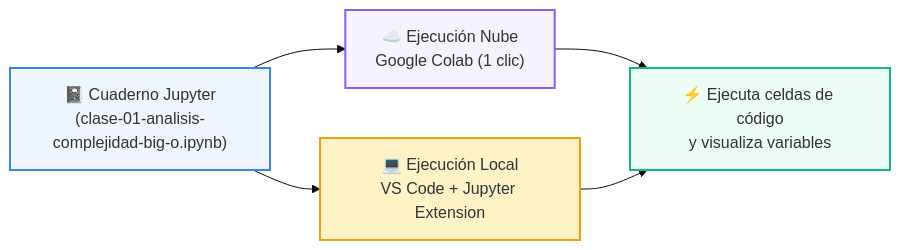
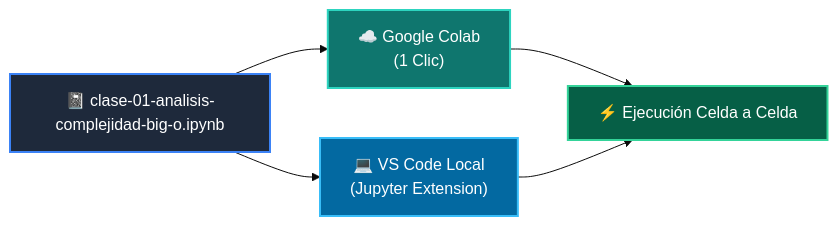
Before and after one commit to wisrovi/wisrovi-python: the diagram in 02-algoritmos-estructuras/clase-01-analisis-complejidad-big-o/notebook/README.md, drawn with Mermaid (base theme). The commit also changed other lines of this file and 271 other files, not shown here.

Commit message:
docs: rewrite all README.md files with bespoke topic-specific Mermaid diagrams and remove repetitive boilerplate

````diff
--- a/02-algoritmos-estructuras/clase-01-analisis-complejidad-big-o/notebook/README.md
+++ b/02-algoritmos-estructuras/clase-01-analisis-complejidad-big-o/notebook/README.md
@@ -14,12 +12,12 @@
 ```mermaid
 flowchart LR
-    NB["📓 Cuaderno Jupyter<br/>(clase-01-analisis-complejidad-big-o.ipynb)"] --> COLAB["☁️ Ejecución Nube<br/>Google Colab (1 clic)"]
-    NB --> LOCAL["💻 Ejecución Local<br/>VS Code + Jupyter Extension"]
-    COLAB --> RUN["⚡ Ejecuta celdas de código<br/>y visualiza variables"]
+    NB["📓 clase-01-analisis-complejidad-big-o.ipynb"] --> COLAB["☁️ Google Colab<br/>(1 Clic)"]
+    NB --> LOCAL["💻 VS Code Local<br/>(Jupyter Extension)"]
+    COLAB --> RUN["⚡ Ejecución Celda a Celda"]
     LOCAL --> RUN
 
-    style NB fill:#eff6ff,stroke:#3b82f6,stroke-width:2px
-    style COLAB fill:#f5f3ff,stroke:#8b5cf6,stroke-width:2px
-    style LOCAL fill:#fef3c7,stroke:#f59e0b,stroke-width:2px
-    style RUN fill:#ecfdf5,stroke:#10b981,stroke-width:2px
+    style NB fill:#1e293b,color:#fff,stroke:#3b82f6,stroke-width:2px
+    style COLAB fill:#0f766e,color:#fff,stroke:#2dd4bf,stroke-width:2px
+    style LOCAL fill:#0369a1,color:#fff,stroke:#38bdf8,stroke-width:2px
+    style RUN fill:#065f46,color:#fff,stroke:#34d399,stroke-width:2px
 ```
````
